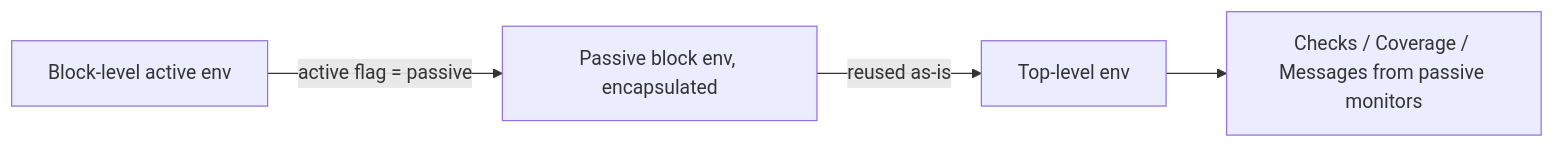
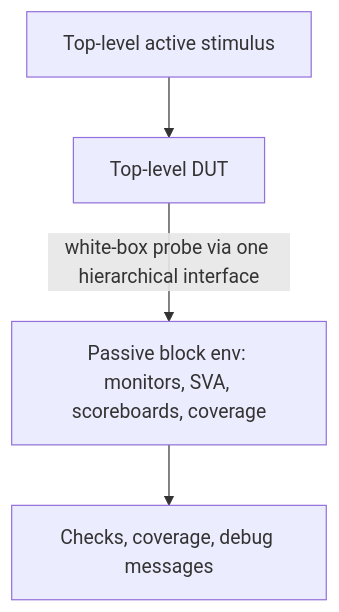
Before and after one commit to nemo99007/yt-paper: the diagram in docs/papers/ref-20261018-04d2-pragmatic-verification-reuse-in-a-vertical-world.md, drawn with Mermaid. The commit also changed other lines of this file and 172 other files, not shown here.

````diff
--- a/docs/papers/ref-20261018-04d2-pragmatic-verification-reuse-in-a-vertical-world.md
+++ b/docs/papers/ref-20261018-04d2-pragmatic-verification-reuse-in-a-vertical-world.md
@@ -199,6 +212,6 @@
 ```mermaid
-flowchart LR
-  A[Block-level active env] -->|active flag = passive| B[Passive block env, encapsulated]
-  B -->|reused as-is| C[Top-level env]
-  C --> D[Checks / Coverage / Messages from passive monitors]
+flowchart TB
+  TS[Top-level active stimulus] --> DUT[Top-level DUT]
+  DUT -- white-box probe via one hierarchical interface --> PB[Passive block env: monitors, SVA, scoreboards, coverage]
+  PB --> OUT[Checks, coverage, debug messages]
 ```
````
